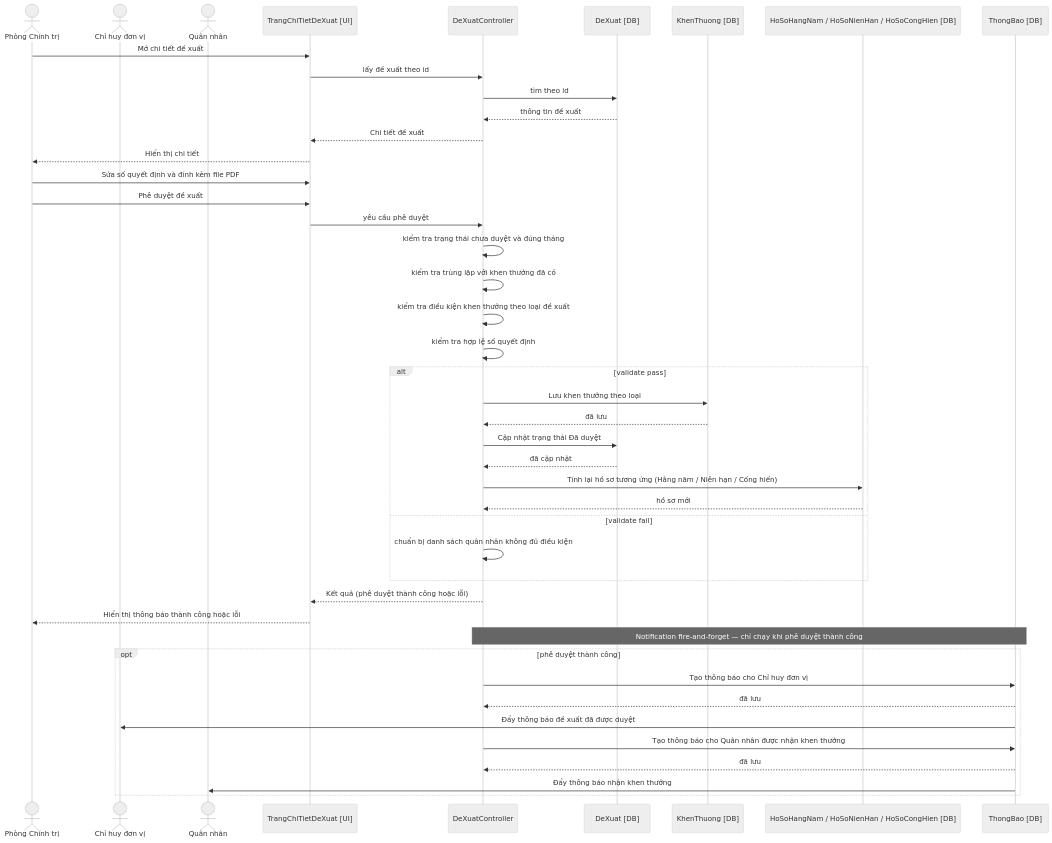
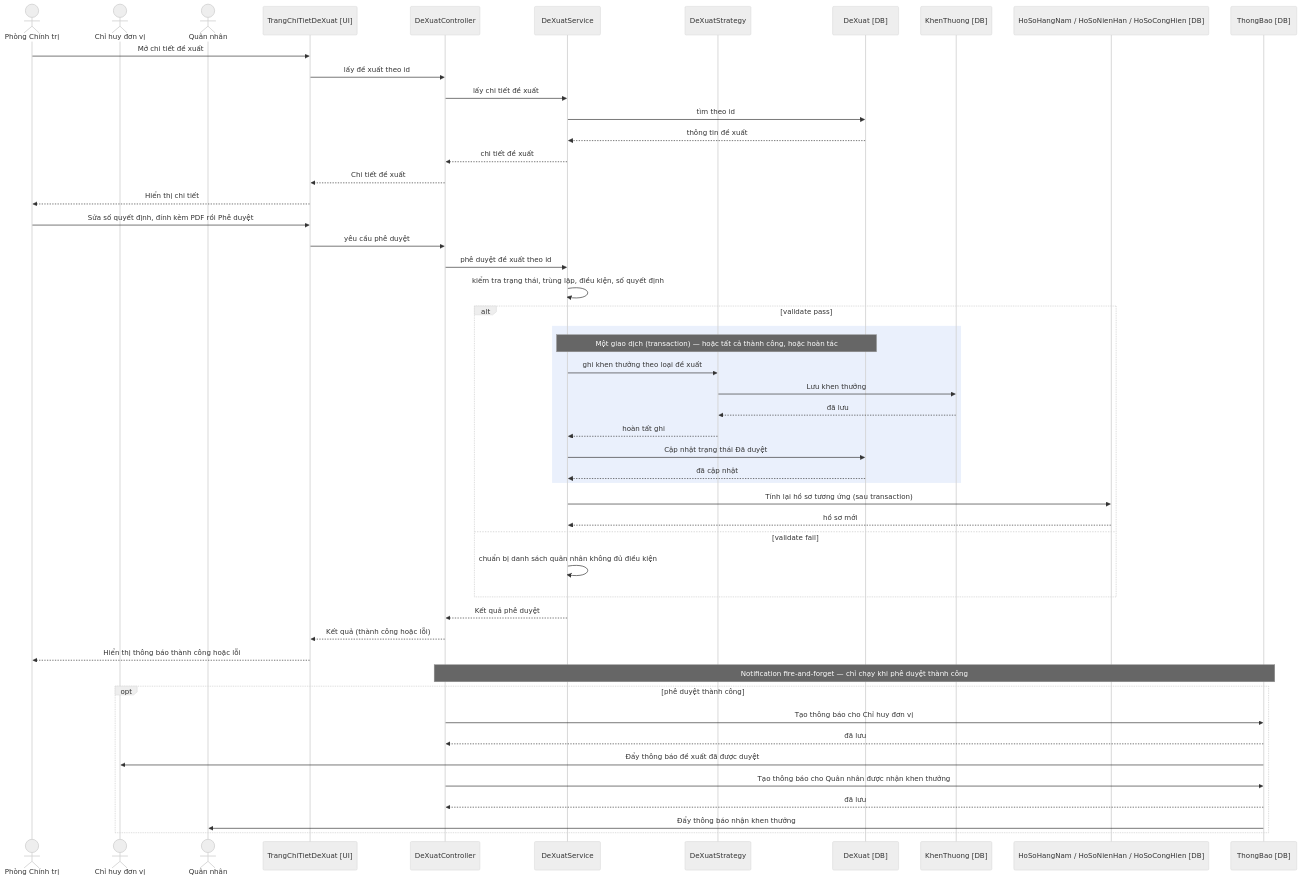
Before and after one commit to tranducbk/DATN_PM_QLKT: the third of 9 diagrams in docs/diagrams/05-sequence.md, drawn with Mermaid (neutral theme). The commit also changed other lines of this file and 211 other files, not shown here.

````diff
--- a/docs/diagrams/05-sequence.md
+++ b/docs/diagrams/05-sequence.md
@@ -97,51 +104,58 @@
 ```mermaid
 sequenceDiagram
     actor ADM as Phòng Chính trị
     actor MGR as Chỉ huy đơn vị
     actor QN as Quân nhân
     participant Page as TrangChiTietDeXuat [UI]
     participant Ctrl as DeXuatController
+    participant Svc as DeXuatService
+    participant Strat as DeXuatStrategy
     participant DX as DeXuat [DB]
     participant KT as KhenThuong [DB]
     participant HS as HoSoHangNam / HoSoNienHan / HoSoCongHien [DB]
     participant TB as ThongBao [DB]
 
     ADM->>Page: Mở chi tiết đề xuất
     Page->>Ctrl: lấy đề xuất theo id
-    Ctrl->>DX: tìm theo id
-    DX-->>Ctrl: thông tin đề xuất
+    Ctrl->>Svc: lấy chi tiết đề xuất
+    Svc->>DX: tìm theo id
+    DX-->>Svc: thông tin đề xuất
+    Svc-->>Ctrl: chi tiết đề xuất
     Ctrl-->>Page: Chi tiết đề xuất
     Page-->>ADM: Hiển thị chi tiết
 
-    ADM->>Page: Sửa số quyết định và đính kèm file PDF
-    ADM->>Page: Phê duyệt đề xuất
+    ADM->>Page: Sửa số quyết định, đính kèm PDF rồi Phê duyệt
     Page->>Ctrl: yêu cầu phê duyệt
-    Ctrl->>Ctrl: kiểm tra trạng thái chưa duyệt và đúng tháng
-    Ctrl->>Ctrl: kiểm tra trùng lặp với khen thưởng đã có
-    Ctrl->>Ctrl: kiểm tra điều kiện khen thưởng theo loại đề xuất
-    Ctrl->>Ctrl: kiểm tra hợp lệ số quyết định
+    Ctrl->>Svc: phê duyệt đề xuất theo id
+    Svc->>Svc: kiểm tra trạng thái, trùng lặp, điều kiện, số quyết định
 
     alt validate pass
-        Ctrl->>KT: Lưu khen thưởng theo loại
-        KT-->>Ctrl: đã lưu
-        Ctrl->>DX: Cập nhật trạng thái Đã duyệt
-        DX-->>Ctrl: đã cập nhật
-        Ctrl->>HS: Tính lại hồ sơ tương ứng (Hằng năm / Niên hạn / Cống hiến)
-        HS-->>Ctrl: hồ sơ mới
+        rect rgb(234, 240, 252)
+            Note over Svc,DX: Một giao dịch (transaction) — hoặc tất cả thành công, hoặc hoàn tác
+            Svc->>Strat: ghi khen thưởng theo loại đề xuất
+            Strat->>KT: Lưu khen thưởng
+            KT-->>Strat: đã lưu
+            Strat-->>Svc: hoàn tất ghi
+            Svc->>DX: Cập nhật trạng thái Đã duyệt
+            DX-->>Svc: đã cập nhật
+        end
+        Svc->>HS: Tính lại hồ sơ tương ứng (sau transaction)
+        HS-->>Svc: hồ sơ mới
     else validate fail
-        Ctrl->>Ctrl: chuẩn bị danh sách quân nhân không đủ điều kiện
+        Svc->>Svc: chuẩn bị danh sách quân nhân không đủ điều kiện
     end
 
-    Ctrl-->>Page: Kết quả (phê duyệt thành công hoặc lỗi)
+    Svc-->>Ctrl: Kết quả phê duyệt
+    Ctrl-->>Page: Kết quả (thành công hoặc lỗi)
     Page-->>ADM: Hiển thị thông báo thành công hoặc lỗi
 
     Note over Ctrl,TB: Notification fire-and-forget — chỉ chạy khi phê duyệt thành công
     opt phê duyệt thành công
         Ctrl->>TB: Tạo thông báo cho Chỉ huy đơn vị
         TB-->>Ctrl: đã lưu
         TB->>MGR: Đẩy thông báo đề xuất đã được duyệt
         Ctrl->>TB: Tạo thông báo cho Quân nhân được nhận khen thưởng
         TB-->>Ctrl: đã lưu
         TB->>QN: Đẩy thông báo nhận khen thưởng
     end
 ```
````
